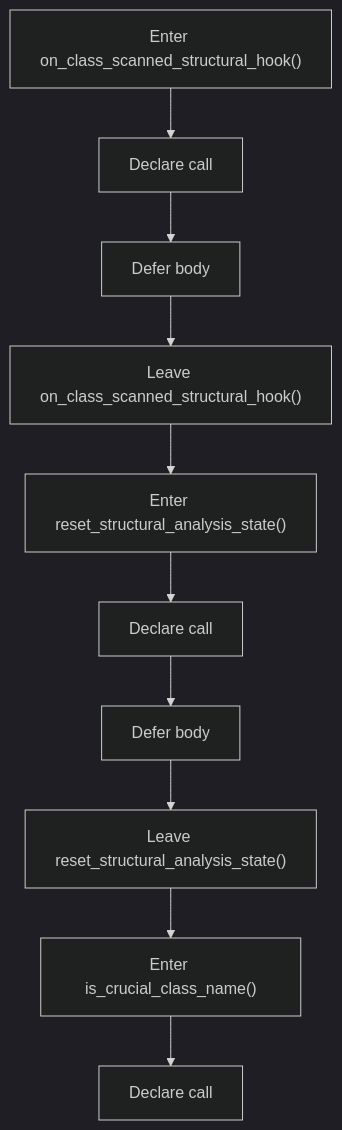
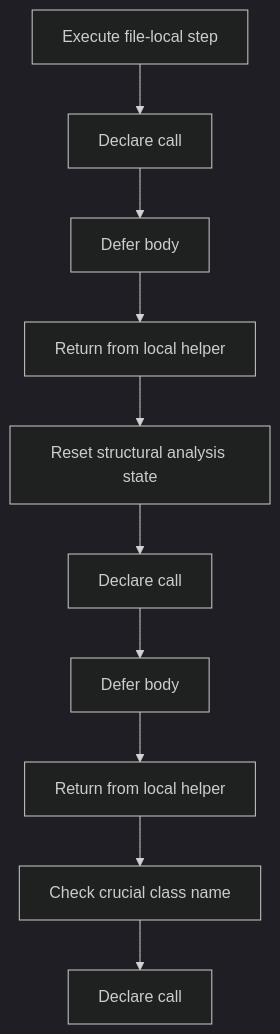
One commit to JohnAndrewBalbarosa/NeoTerritory changed the second of 9 diagrams in docs/Codebase/Microservice/Modules/Header/SyntacticBrokenAST/Analysis/Lexical/lexical_structure_hooks.hpp.md. Above: the diagram before and after it, drawn with Mermaid (dark theme). The commit also changed other lines of this file and 925 other files, not shown here.

````diff
--- a/docs/Codebase/Microservice/Modules/Header/SyntacticBrokenAST/Analysis/Lexical/lexical_structure_hooks.hpp.md
+++ b/docs/Codebase/Microservice/Modules/Header/SyntacticBrokenAST/Analysis/Lexical/lexical_structure_hooks.hpp.md
@@ -56,22 +55,22 @@
 ```mermaid
 flowchart TD
-    N0["Enter on_class_scanned_structural_hook()"]
+    N0["Execute file-local step"]
     N1["Declare call"]
     N2["Defer body"]
-    N3["Leave on_class_scanned_structural_hook()"]
-    N4["Enter reset_structural_analysis_state()"]
+    N3["Return from local helper"]
+    N4["Reset structural analysis state"]
     N5["Declare call"]
     N6["Defer body"]
-    N7["Leave reset_structural_analysis_state()"]
-    N8["Enter is_crucial_class_name()"]
+    N7["Return from local helper"]
+    N8["Check crucial class name"]
     N9["Declare call"]
     N0 --> N1
     N1 --> N2
     N2 --> N3
     N3 --> N4
     N4 --> N5
     N5 --> N6
     N6 --> N7
     N7 --> N8
     N8 --> N9
 ```
````
